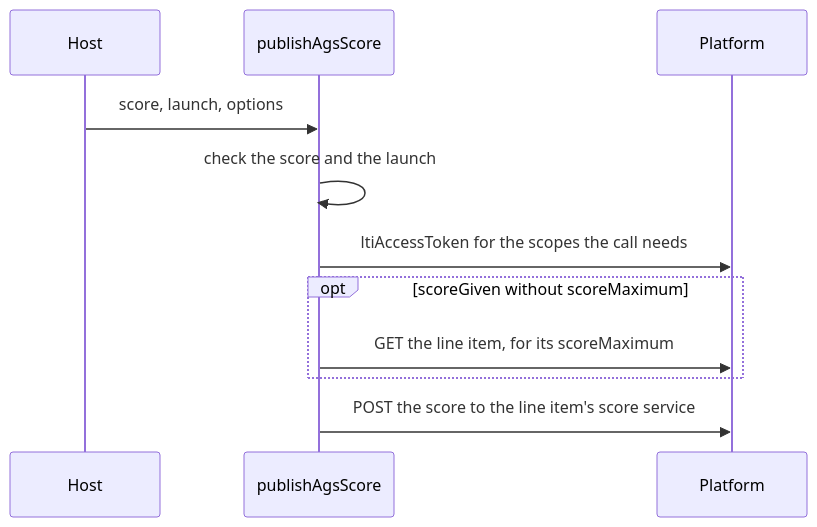
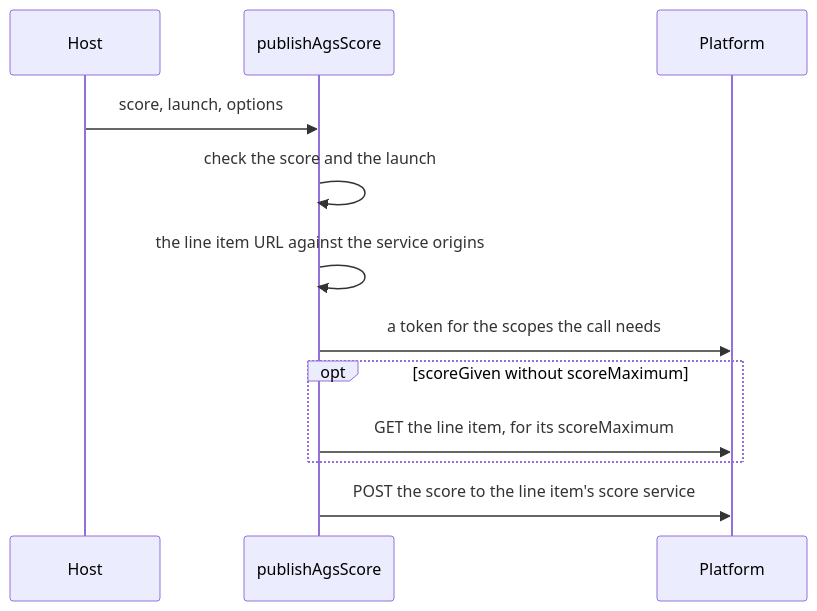
Before and after one commit to interopkit/interopkit: the second of 2 diagrams in docs/tool-integration/tool.md, drawn with Mermaid. The commit also changed other lines of this file and 42 other files, not shown here.

````diff
--- a/docs/tool-integration/tool.md
+++ b/docs/tool-integration/tool.md
@@ -289,13 +339,14 @@
 ```mermaid
 sequenceDiagram
   participant H as Host
   participant T as publishAgsScore
   participant P as Platform
   H->>T: score, launch, options
   T->>T: check the score and the launch
-  T->>P: ltiAccessToken for the scopes the call needs
+  T->>T: the line item URL against the service origins
+  T->>P: a token for the scopes the call needs
   opt scoreGiven without scoreMaximum
     T->>P: GET the line item, for its scoreMaximum
   end
   T->>P: POST the score to the line item's score service
 ```
````
